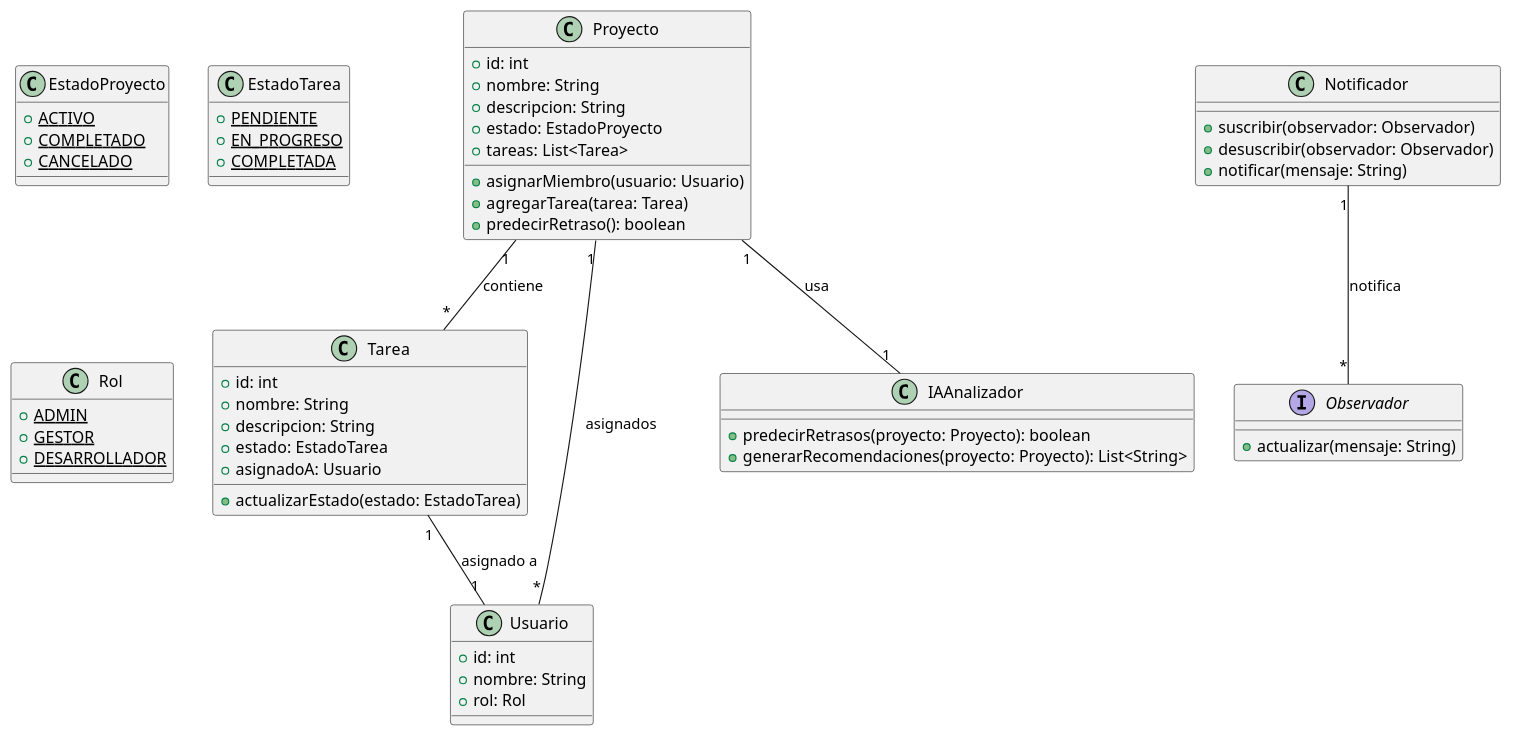
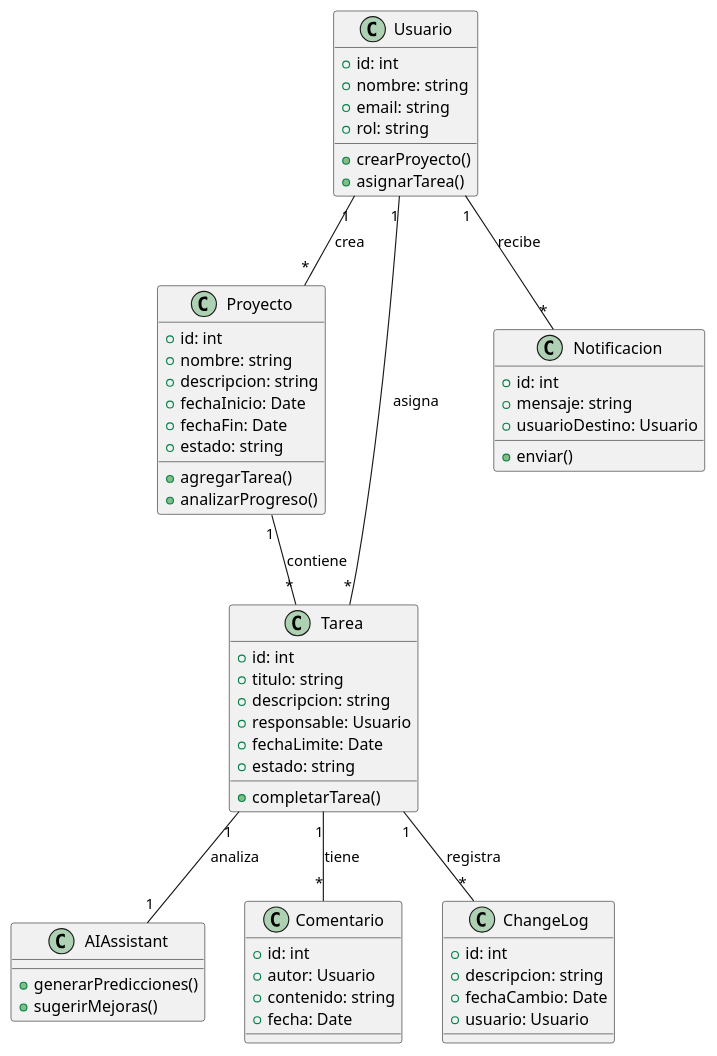
Before and after one commit to dxn1l/GestorProyectosIA: the diagram in Docs/Diagramas/Clases.puml, drawn with PlantUML. The commit also changed 6 other files, not shown here.

Commit message:
[CHANGE] diagramas de platUML

```diff
--- a/Docs/Diagramas/Clases.puml
+++ b/Docs/Diagramas/Clases.puml
@@ -1,70 +1,67 @@
 @startuml
 
-' Definición de clases principales
+class Usuario {
+  +id: int
+  +nombre: string
+  +email: string
+  +rol: string
+  +crearProyecto()
+  +asignarTarea()
+}
+
 class Proyecto {
-    +id: int
-    +nombre: String
-    +descripcion: String
-    +estado: EstadoProyecto
-    +tareas: List<Tarea>
-    +asignarMiembro(usuario: Usuario)
-    +agregarTarea(tarea: Tarea)
-    +predecirRetraso(): boolean
+  +id: int
+  +nombre: string
+  +descripcion: string
+  +fechaInicio: Date
+  +fechaFin: Date
+  +estado: string
+  +agregarTarea()
+  +analizarProgreso()
 }
 
 class Tarea {
-    +id: int
-    +nombre: String
-    +descripcion: String
-    +estado: EstadoTarea
-    +asignadoA: Usuario
-    +actualizarEstado(estado: EstadoTarea)
+  +id: int
+  +titulo: string
+  +descripcion: string
+  +responsable: Usuario
+  +fechaLimite: Date
+  +estado: string
+  +completarTarea()
 }
 
-class Usuario {
-    +id: int
-    +nombre: String
-    +rol: Rol
+class AIAssistant {
+  +generarPredicciones()
+  +sugerirMejoras()
 }
 
-class IAAnalizador {
-    +predecirRetrasos(proyecto: Proyecto): boolean
-    +generarRecomendaciones(proyecto: Proyecto): List<String>
+class Comentario {
+  +id: int
+  +autor: Usuario
+  +contenido: string
+  +fecha: Date
 }
 
-class Notificador {
-    +suscribir(observador: Observador)
-    +desuscribir(observador: Observador)
-    +notificar(mensaje: String)
+class Notificacion {
+  +id: int
+  +mensaje: string
+  +usuarioDestino: Usuario
+  +enviar()
 }
 
-interface Observador {
-    +actualizar(mensaje: String)
+class ChangeLog {
+  +id: int
+  +descripcion: string
+  +fechaCambio: Date
+  +usuario: Usuario
 }
 
-class EstadoProyecto {
-    {static} +ACTIVO
-    {static} +COMPLETADO
-    {static} +CANCELADO
-}
-
-class EstadoTarea {
-    {static} +PENDIENTE
-    {static} +EN_PROGRESO
-    {static} +COMPLETADA
-}
-
-class Rol {
-    {static} +ADMIN
-    {static} +GESTOR
-    {static} +DESARROLLADOR
-}
-
-' Relaciones entre clases
+Usuario "1" -- "*" Proyecto : crea
+Usuario "1" -- "*" Tarea : asigna
 Proyecto "1" -- "*" Tarea : contiene
-Proyecto "1" -- "*" Usuario : asignados
-Tarea "1" -- "1" Usuario : asignado a
-Proyecto "1" -- "1" IAAnalizador : usa
-Notificador "1" -- "*" Observador : notifica
+Tarea "1" -- "*" Comentario : tiene
+Tarea "1" -- "1" AIAssistant : analiza
+Usuario "1" -- "*" Notificacion : recibe
+Tarea "1" -- "*" ChangeLog : registra
 
 @enduml
```
